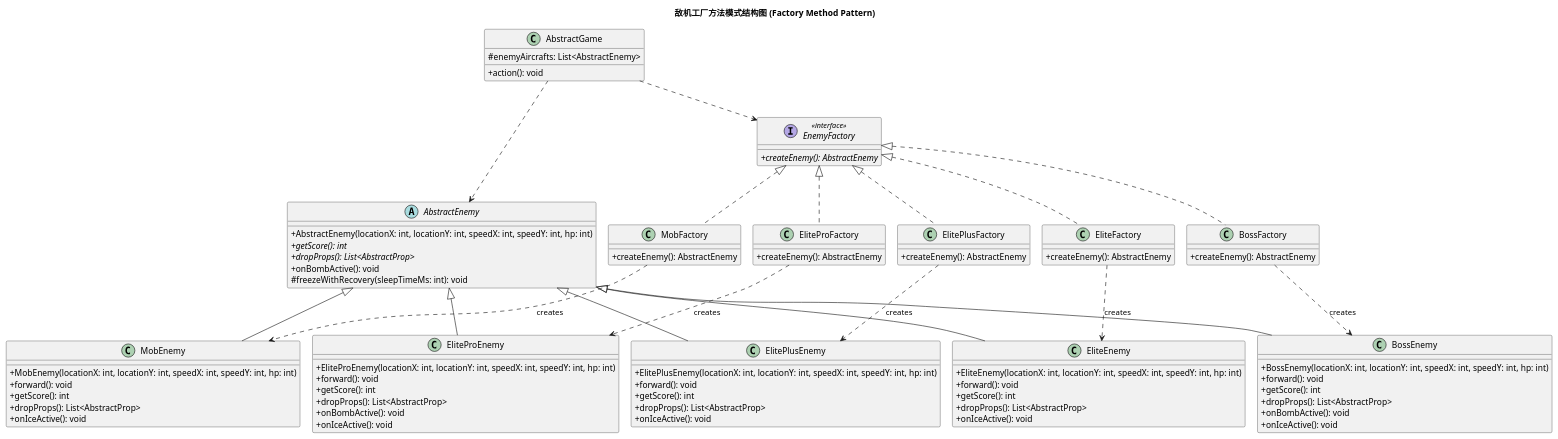
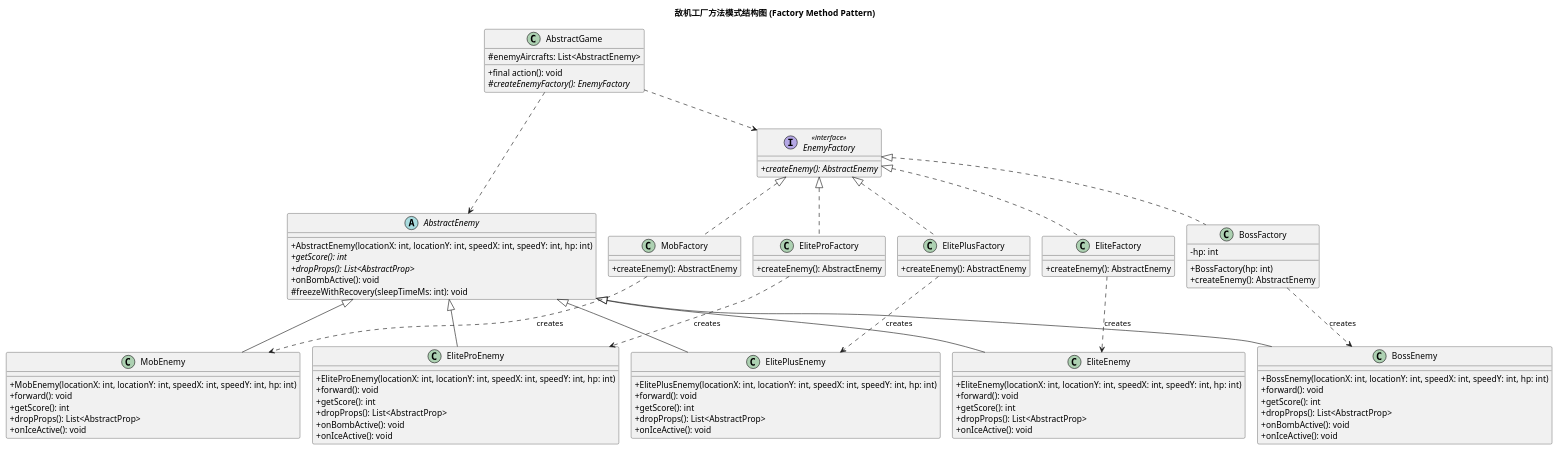
Before and after one commit to Leslie-1341/AircraftWar-base1.0: the diagram in uml/EnemyFactory.puml, drawn with PlantUML. The commit also changed 4 other files, not shown here.

Commit message:
根据修改后的代码更新了uml类图

```diff
--- a/uml/EnemyFactory.puml
+++ b/uml/EnemyFactory.puml
@@ -1,142 +1,145 @@
 @startuml
 title 敌机工厂方法模式结构图 (Factory Method Pattern)
 
 ' ===================
 ' 【排版优化】
 ' ===================
 skinparam nodesep 20
 skinparam ranksep 60
 skinparam classAttributeIconSize 0
 
 ' ===================
 ' 客户端 (Client)
 ' ===================
 class AbstractGame {
     # enemyAircrafts: List<AbstractEnemy>
-    + action(): void
+    + final action(): void
+    # {abstract} createEnemyFactory(): EnemyFactory
 }
 
 ' =====================================
 ' 抽象层 (Interfaces & Abstract Classes)
 ' =====================================
 interface EnemyFactory <<interface>> {
     + {abstract} createEnemy(): AbstractEnemy
 }
 
 abstract class AbstractEnemy {
     + AbstractEnemy(locationX: int, locationY: int, speedX: int, speedY: int, hp: int)
     + {abstract} getScore(): int
     + {abstract} dropProps(): List<AbstractProp>
     + onBombActive(): void
     # freezeWithRecovery(sleepTimeMs: int): void
 }
 
 ' 客户端依赖抽象层
 AbstractGame ..> EnemyFactory
 AbstractGame ..> AbstractEnemy
 
 ' 强制让两个抽象父类在同一水平高度
 EnemyFactory -[hidden]right- AbstractEnemy
 
 ' =====================================
 ' 具体工厂层 (Concrete Factories)
 ' =====================================
 together {
     class MobFactory {
         + createEnemy(): AbstractEnemy
     }
     class EliteFactory {
         + createEnemy(): AbstractEnemy
     }
     class ElitePlusFactory {
         + createEnemy(): AbstractEnemy
     }
     class EliteProFactory {
         + createEnemy(): AbstractEnemy
     }
     class BossFactory {
+        - hp: int
+        + BossFactory(hp: int)
         + createEnemy(): AbstractEnemy
     }
 }
 
 ' 使用隐形线强制工厂类从左到右水平对齐排列
 MobFactory -[hidden]right- EliteFactory
 EliteFactory -[hidden]right- ElitePlusFactory
 ElitePlusFactory -[hidden]right- EliteProFactory
 EliteProFactory -[hidden]right- BossFactory
 
 ' =====================================
 ' 具体产品层 (Concrete Products)
 ' =====================================
 together {
     class MobEnemy {
         + MobEnemy(locationX: int, locationY: int, speedX: int, speedY: int, hp: int)
         + forward(): void
         + getScore(): int
         + dropProps(): List<AbstractProp>
         + onIceActive(): void
     }
     class EliteEnemy {
         + EliteEnemy(locationX: int, locationY: int, speedX: int, speedY: int, hp: int)
         + forward(): void
         + getScore(): int
         + dropProps(): List<AbstractProp>
         + onIceActive(): void
     }
     class ElitePlusEnemy {
         + ElitePlusEnemy(locationX: int, locationY: int, speedX: int, speedY: int, hp: int)
         + forward(): void
         + getScore(): int
         + dropProps(): List<AbstractProp>
         + onIceActive(): void
     }
     class EliteProEnemy {
         + EliteProEnemy(locationX: int, locationY: int, speedX: int, speedY: int, hp: int)
         + forward(): void
         + getScore(): int
         + dropProps(): List<AbstractProp>
         + onBombActive(): void
         + onIceActive(): void
     }
     class BossEnemy {
         + BossEnemy(locationX: int, locationY: int, speedX: int, speedY: int, hp: int)
         + forward(): void
         + getScore(): int
         + dropProps(): List<AbstractProp>
         + onBombActive(): void
         + onIceActive(): void
     }
 }
 
 ' 使用隐形线强制产品类从左到右水平对齐排列，与工厂相呼应
 MobEnemy -[hidden]right- EliteEnemy
 EliteEnemy -[hidden]right- ElitePlusEnemy
 ElitePlusEnemy -[hidden]right- EliteProEnemy
 EliteProEnemy -[hidden]right- BossEnemy
 
 ' =====================================
 ' 继承与实现关系
 ' =====================================
 MobFactory .up.|> EnemyFactory
 EliteFactory .up.|> EnemyFactory
 ElitePlusFactory .up.|> EnemyFactory
 EliteProFactory .up.|> EnemyFactory
 BossFactory .up.|> EnemyFactory
 
 MobEnemy -up-|> AbstractEnemy
 EliteEnemy -up-|> AbstractEnemy
 ElitePlusEnemy -up-|> AbstractEnemy
 EliteProEnemy -up-|> AbstractEnemy
 BossEnemy -up-|> AbstractEnemy
 
 ' =====================================
 ' 生产依赖关系 (Creates)
 ' =====================================
 ' 限定依赖方向为向下，使连线更清晰
 MobFactory .down.> MobEnemy : creates
 EliteFactory .down.> EliteEnemy : creates
 ElitePlusFactory .down.> ElitePlusEnemy : creates
 EliteProFactory .down.> EliteProEnemy : creates
 BossFactory .down.> BossEnemy : creates
 
 @enduml
```
